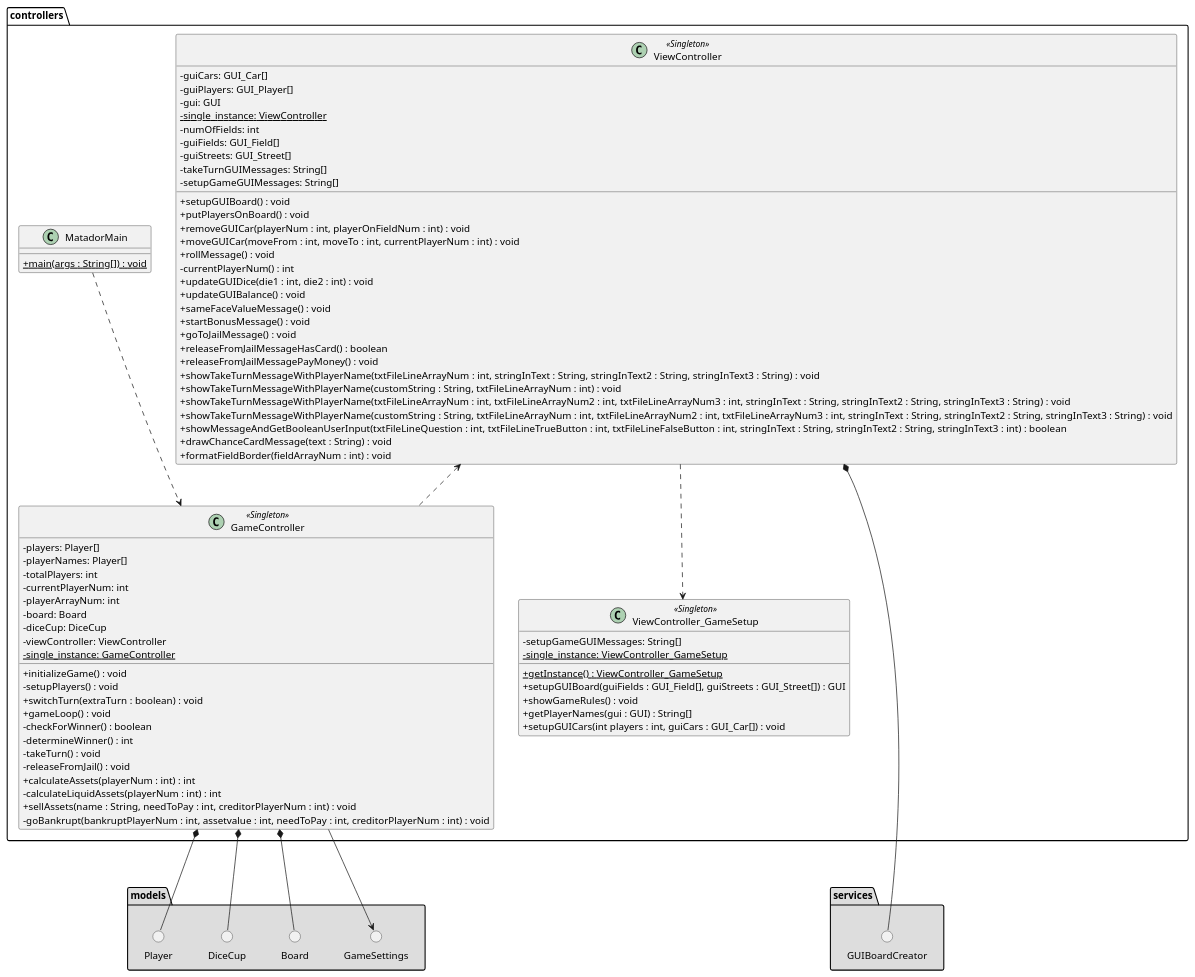
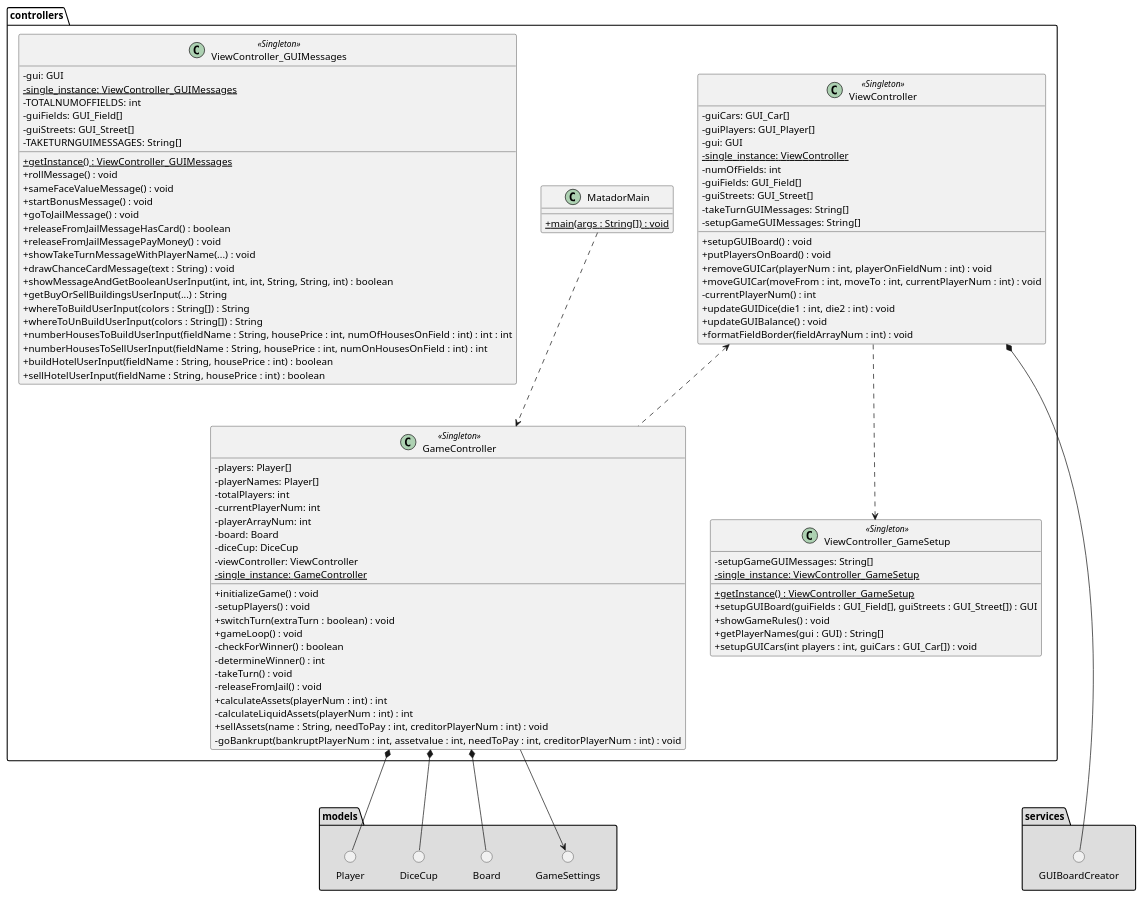
Before and after one commit to GabeKierk889/gruppe-18: the diagram in 18_final/UML/DesignClassDiagram/Package Controllers.puml, drawn with PlantUML. The commit also changed 1 other file, not shown here.

Commit message:
updated diagrams again.....

```diff
--- a/18_final/UML/DesignClassDiagram/Package Controllers.puml
+++ b/18_final/UML/DesignClassDiagram/Package Controllers.puml
@@ -1,113 +1,129 @@
 @startuml
 'https://plantuml.com/class-diagram
 skinparam classAttributeIconSize 0
 
 package controllers {
 
 class MatadorMain {
 
     {static}+main(args : String[]) : void
 
 }
 
 class GameController <<Singleton>>{
     -players: Player[]
     -playerNames: Player[]
     -totalPlayers: int
     -currentPlayerNum: int
     -playerArrayNum: int
     -board: Board
     -diceCup: DiceCup
     -viewController: ViewController
     {static}-single_instance: GameController
 
     +initializeGame() : void
     -setupPlayers() : void
     +switchTurn(extraTurn : boolean) : void
     +gameLoop() : void
     -checkForWinner() : boolean
     -determineWinner() : int
     -takeTurn() : void
     -releaseFromJail() : void
     +calculateAssets(playerNum : int) : int
     -calculateLiquidAssets(playerNum : int) : int
     +sellAssets(name : String, needToPay : int, creditorPlayerNum : int) : void
     -goBankrupt(bankruptPlayerNum : int, assetvalue : int, needToPay : int, creditorPlayerNum : int) : void
 
 }
 
 'class GameSetupController {
 '
 '}
 
 class ViewController <<Singleton>>{
     -guiCars: GUI_Car[]
     -guiPlayers: GUI_Player[]
     -gui: GUI
     {static}-single_instance: ViewController
     -numOfFields: int
     -guiFields: GUI_Field[]
     -guiStreets: GUI_Street[]
     -takeTurnGUIMessages: String[]
     -setupGameGUIMessages: String[]
 
     +setupGUIBoard() : void
     +putPlayersOnBoard() : void
     +removeGUICar(playerNum : int, playerOnFieldNum : int) : void
     +moveGUICar(moveFrom : int, moveTo : int, currentPlayerNum : int) : void
-    +rollMessage() : void
     -currentPlayerNum() : int
     +updateGUIDice(die1 : int, die2 : int) : void
     +updateGUIBalance() : void
+    +formatFieldBorder(fieldArrayNum : int) : void
+
+}
+
+class ViewController_GUIMessages <<Singleton>> {
+    -gui: GUI
+    {static}-single_instance: ViewController_GUIMessages
+    -TOTALNUMOFFIELDS: int
+    -guiFields: GUI_Field[]
+    -guiStreets: GUI_Street[]
+    -TAKETURNGUIMESSAGES: String[]
+
+    {static}+getInstance() : ViewController_GUIMessages
+    +rollMessage() : void
     +sameFaceValueMessage() : void
     +startBonusMessage() : void
     +goToJailMessage() : void
     +releaseFromJailMessageHasCard() : boolean
     +releaseFromJailMessagePayMoney() : void
-    +showTakeTurnMessageWithPlayerName(txtFileLineArrayNum : int, stringInText : String, stringInText2 : String, stringInText3 : String) : void
-    +showTakeTurnMessageWithPlayerName(customString : String, txtFileLineArrayNum : int) : void
-    +showTakeTurnMessageWithPlayerName(txtFileLineArrayNum : int, txtFileLineArrayNum2 : int, txtFileLineArrayNum3 : int, stringInText : String, stringInText2 : String, stringInText3 : String) : void
-    +showTakeTurnMessageWithPlayerName(customString : String, txtFileLineArrayNum : int, txtFileLineArrayNum2 : int, txtFileLineArrayNum3 : int, stringInText : String, stringInText2 : String, stringInText3 : String) : void
-    +showMessageAndGetBooleanUserInput(txtFileLineQuestion : int, txtFileLineTrueButton : int, txtFileLineFalseButton : int, stringInText : String, stringInText2 : String, stringInText3 : int) : boolean
+    +showTakeTurnMessageWithPlayerName(...) : void
     +drawChanceCardMessage(text : String) : void
-    +formatFieldBorder(fieldArrayNum : int) : void
+    +showMessageAndGetBooleanUserInput(int, int, int, String, String, int) : boolean
+    +getBuyOrSellBuildingsUserInput(...) : String
+    +whereToBuildUserInput(colors : String[]) : String
+    +whereToUnBuildUserInput(colors : String[]) : String
+    +numberHousesToBuildUserInput(fieldName : String, housePrice : int, numOfHousesOnField : int) : int : int
+    +numberHousesToSellUserInput(fieldName : String, housePrice : int, numOnHousesOnField : int) : int
+    +buildHotelUserInput(fieldName : String, housePrice : int) : boolean
+    +sellHotelUserInput(fieldName : String, housePrice : int) : boolean
 
 }
 
 class ViewController_GameSetup <<Singleton>>{
     -setupGameGUIMessages: String[]
     {static}-single_instance: ViewController_GameSetup
 
     {static}+getInstance() : ViewController_GameSetup
     +setupGUIBoard(guiFields : GUI_Field[], guiStreets : GUI_Street[]) : GUI
     +showGameRules() : void
     +getPlayerNames(gui : GUI) : String[]
     +setupGUICars(int players : int, guiCars : GUI_Car[]) : void
+}
 
-}
 
 }
 
 package models #DDDDDD {
 () Player
 () DiceCup
 () Board
 () GameSettings
 
 }
 
 package services #DDDDDD {
 () GUIBoardCreator
 }
 
 MatadorMain ..> GameController
 ViewController <.. GameController
 ViewController *---- GUIBoardCreator
 ViewController ..> ViewController_GameSetup
 GameController *--- Player
 GameController *--- DiceCup
 GameController *--- Board
 GameController ---> GameSettings
 
 
 @enduml
```
